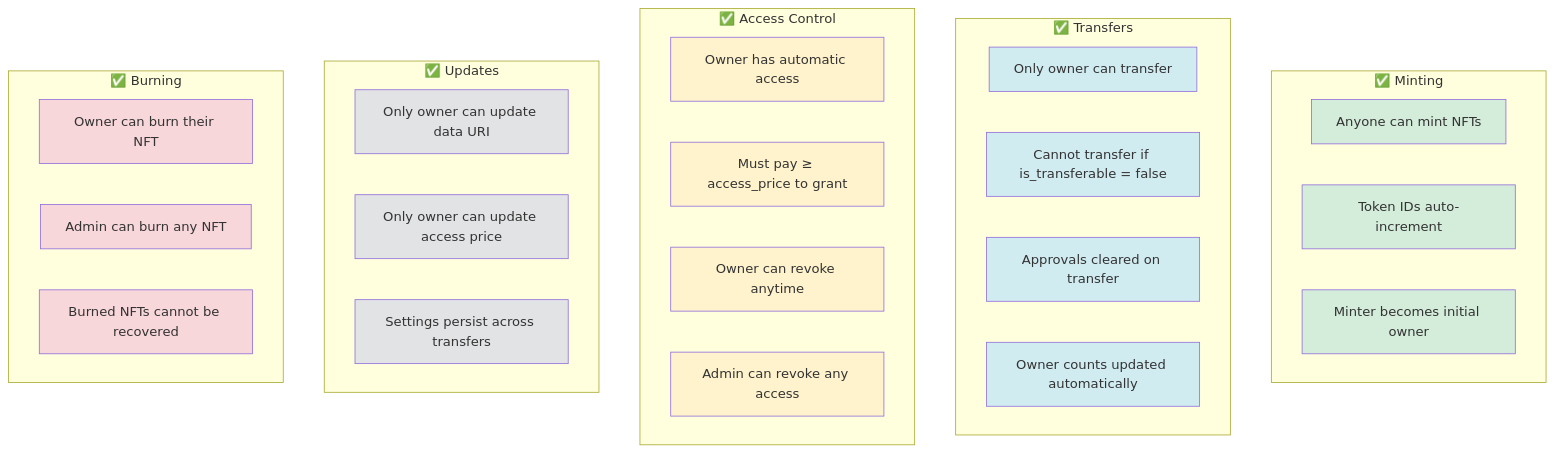
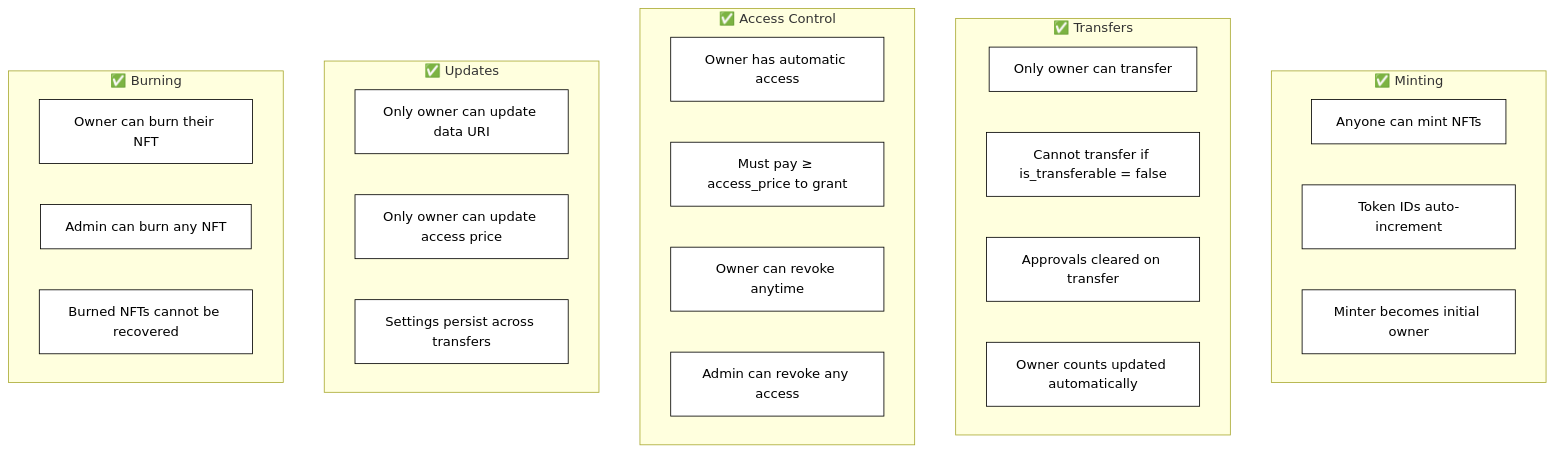
One commit to PolkaMesh/PolkaMesh-Contracts changed diagram 18 of 18 in data_nft_registry/README.md. Above: the diagram before and after it, drawn with Mermaid. The commit also changed other lines of this file and 4 other files, not shown here.

````diff
--- a/data_nft_registry/README.md
+++ b/data_nft_registry/README.md
@@ -452,52 +452,52 @@
 ```mermaid
 graph TB
     subgraph "✅ Minting"
         A1[Anyone can mint NFTs]
         A2[Token IDs auto-increment]
         A3[Minter becomes initial owner]
     end
 
     subgraph "✅ Transfers"
         B1[Only owner can transfer]
         B2[Cannot transfer if is_transferable = false]
         B3[Approvals cleared on transfer]
         B4[Owner counts updated automatically]
     end
 
     subgraph "✅ Access Control"
         C1[Owner has automatic access]
         C2[Must pay ≥ access_price to grant]
         C3[Owner can revoke anytime]
         C4[Admin can revoke any access]
     end
 
     subgraph "✅ Updates"
         D1[Only owner can update data URI]
         D2[Only owner can update access price]
         D3[Settings persist across transfers]
     end
 
     subgraph "✅ Burning"
         E1[Owner can burn their NFT]
         E2[Admin can burn any NFT]
         E3[Burned NFTs cannot be recovered]
     end
 
-    style A1 fill:#d4edda
-    style A2 fill:#d4edda
-    style A3 fill:#d4edda
-    style B1 fill:#d1ecf1
-    style B2 fill:#d1ecf1
-    style B3 fill:#d1ecf1
-    style B4 fill:#d1ecf1
-    style C1 fill:#fff3cd
-    style C2 fill:#fff3cd
-    style C3 fill:#fff3cd
-    style C4 fill:#fff3cd
-    style D1 fill:#e2e3e5
-    style D2 fill:#e2e3e5
-    style D3 fill:#e2e3e5
-    style E1 fill:#f8d7da
-    style E2 fill:#f8d7da
-    style E3 fill:#f8d7da
+    style A1 fill:#ffffff,stroke:#000000,color:#000000
+    style A2 fill:#ffffff,stroke:#000000,color:#000000
+    style A3 fill:#ffffff,stroke:#000000,color:#000000
+    style B1 fill:#ffffff,stroke:#000000,color:#000000
+    style B2 fill:#ffffff,stroke:#000000,color:#000000
+    style B3 fill:#ffffff,stroke:#000000,color:#000000
+    style B4 fill:#ffffff,stroke:#000000,color:#000000
+    style C1 fill:#ffffff,stroke:#000000,color:#000000
+    style C2 fill:#ffffff,stroke:#000000,color:#000000
+    style C3 fill:#ffffff,stroke:#000000,color:#000000
+    style C4 fill:#ffffff,stroke:#000000,color:#000000
+    style D1 fill:#ffffff,stroke:#000000,color:#000000
+    style D2 fill:#ffffff,stroke:#000000,color:#000000
+    style D3 fill:#ffffff,stroke:#000000,color:#000000
+    style E1 fill:#ffffff,stroke:#000000,color:#000000
+    style E2 fill:#ffffff,stroke:#000000,color:#000000
+    style E3 fill:#ffffff,stroke:#000000,color:#000000
 ```
````
